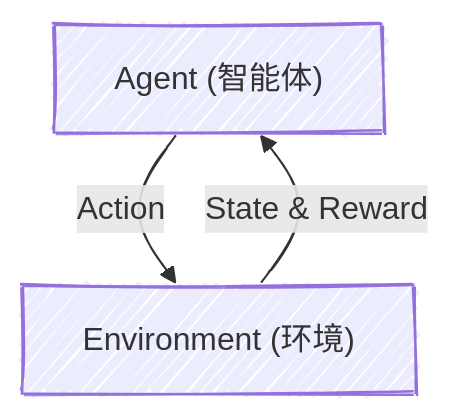
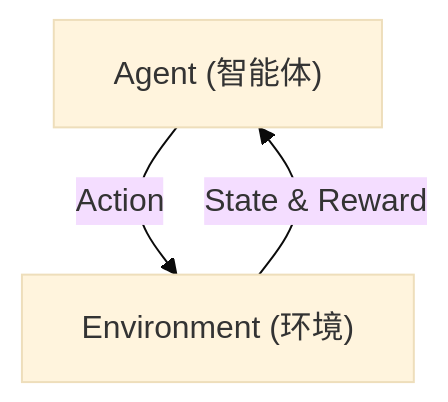
Before and after one commit to tsyhahaha/tsyhahaha.github.io: the diagram in _posts/2026-03-10-qiang-hua-xue-xi-chapter-1.md, drawn with Mermaid. The commit also changed other lines of this file and 1 other file, not shown here.

Commit message:
fix: 修复数学公式渲染问题，优化 mermaid 配置

````diff
--- a/_posts/2026-03-10-qiang-hua-xue-xi-chapter-1.md
+++ b/_posts/2026-03-10-qiang-hua-xue-xi-chapter-1.md
@@ -20,8 +20,8 @@
 ```mermaid
-%%{init: {"look": "handDrawn"}}%%
+%%{init: {"theme": "base", "themeVariables": {"fontFamily": "monospace"}}}%%
 graph TD
     A["Agent (智能体)"]
     E["Environment (环境)"]
     A -- "Action" --> E
     E -- "State & Reward" --> A
 ```
````
